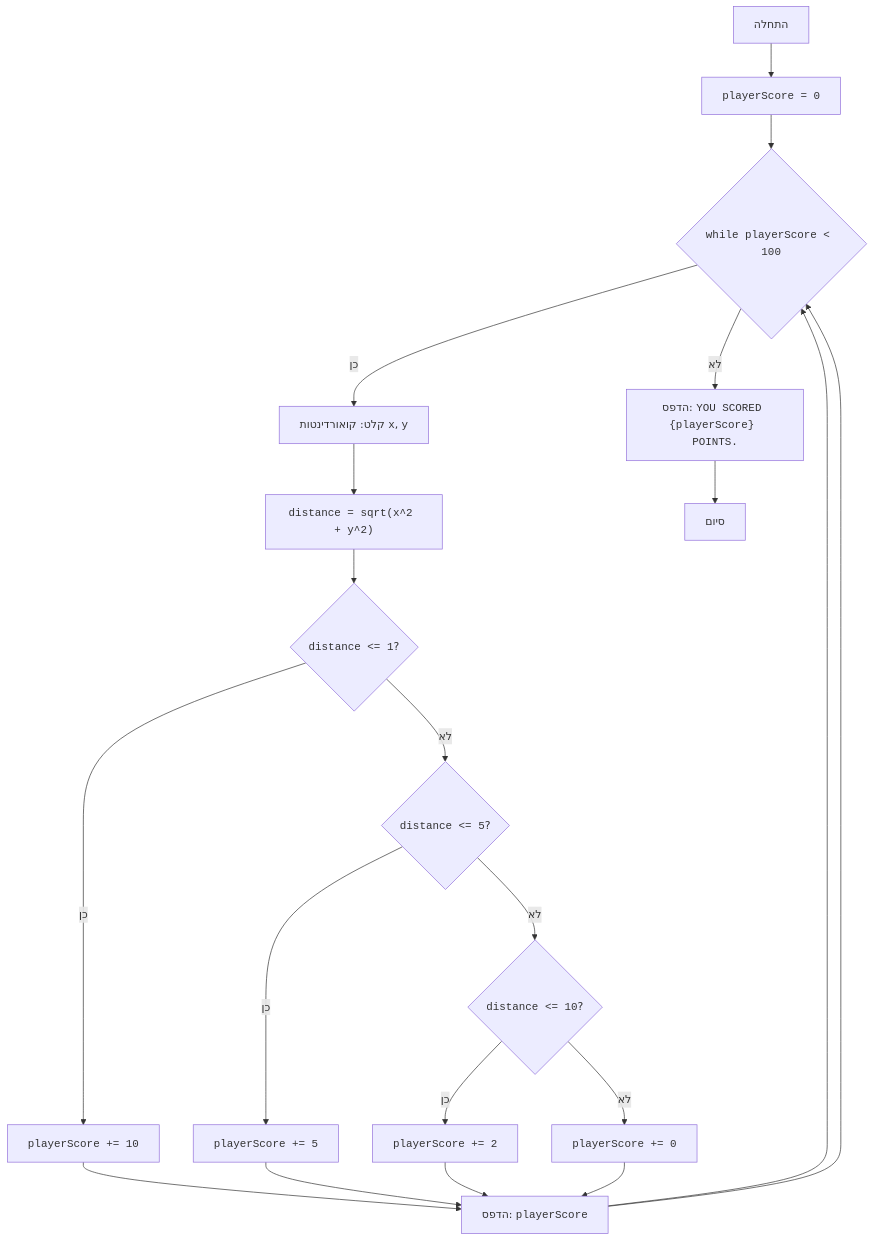
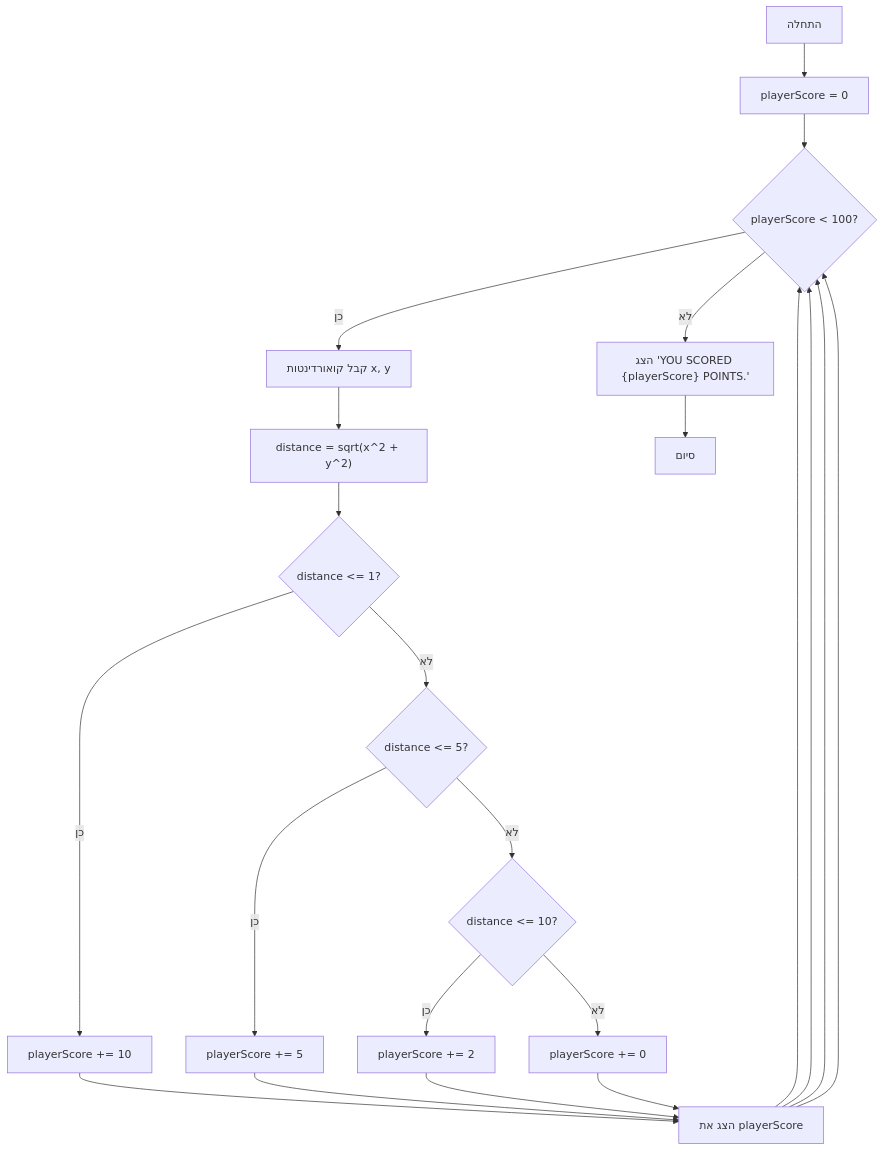
One commit to hypo69/hypo changed the diagram in docs/gemini/he/explainer/src/endpoints/ai_games/101_basic_computer_games/ru/GAMES/BULLEYE/bulleye.py.md. Above: the diagram before and after it, drawn with Mermaid. The commit also changed other lines of this file and 885 other files, not shown here.

````diff
--- a/docs/gemini/he/explainer/src/endpoints/ai_games/101_basic_computer_games/ru/GAMES/BULLEYE/bulleye.py.md
+++ b/docs/gemini/he/explainer/src/endpoints/ai_games/101_basic_computer_games/ru/GAMES/BULLEYE/bulleye.py.md
@@ -48,22 +60,24 @@
 ```mermaid
 flowchart TD
-    Start["התחלה"] --> InitializeScore["<code>playerScore = 0</code>"]
-    InitializeScore --> LoopStart{"<code>while playerScore < 100</code>"}
-    LoopStart -- "כן" --> InputCoordinates["קלט: קואורדינטות <code>x</code>, <code>y</code>"]
-    InputCoordinates --> CalculateDistance["<code>distance = sqrt(x^2 + y^2)</code>"]
-    CalculateDistance --> CheckCenter{"<code>distance <= 1</code>?"}
-    CheckCenter -- "כן" --> Add10Points["<code>playerScore += 10</code>"]
-    Add10Points --> OutputScore["הדפס: <code>playerScore</code>"]
+    Start["התחלה"] --> InitializeScore["playerScore = 0"]
+    InitializeScore --> LoopStart{"playerScore < 100?"}
+    LoopStart -- "כן" --> InputCoordinates["קבל קואורדינטות x, y"]
+    InputCoordinates --> CalculateDistance["distance = sqrt(x^2 + y^2)"]
+    CalculateDistance --> CheckCenter{"distance <= 1?"}
+    CheckCenter -- "כן" --> Add10Points["playerScore += 10"]
+    Add10Points --> OutputScore["הצג את playerScore"]
+     OutputScore --> LoopStart
+    CheckCenter -- "לא" --> CheckInner{"distance <= 5?"}
+    CheckInner -- "כן" --> Add5Points["playerScore += 5"]
+    Add5Points --> OutputScore
+     OutputScore --> LoopStart
+    CheckInner -- "לא" --> CheckOuter{"distance <= 10?"}
+    CheckOuter -- "כן" --> Add2Points["playerScore += 2"]
+   Add2Points --> OutputScore
     OutputScore --> LoopStart
-    CheckCenter -- "לא" --> CheckInner{"<code>distance <= 5</code>?"}
-    CheckInner -- "כן" --> Add5Points["<code>playerScore += 5</code>"]
-    Add5Points --> OutputScore
-    CheckInner -- "לא" --> CheckOuter{"<code>distance <= 10</code>?"}
-    CheckOuter -- "כן" --> Add2Points["<code>playerScore += 2</code>"]
-    Add2Points --> OutputScore
-    CheckOuter -- "לא" --> Add0Points["<code>playerScore += 0</code>"]
-    Add0Points --> OutputScore
-    OutputScore --> LoopStart
-    LoopStart -- "לא" --> EndGame["הדפס: <code>YOU SCORED {playerScore} POINTS.</code>"]
-    EndGame --> End["סיום"]
+    CheckOuter -- "לא" --> Add0Points["playerScore += 0"]
+     Add0Points --> OutputScore
+      OutputScore --> LoopStart
+     LoopStart -- "לא" --> OutputFinalScore["הצג 'YOU SCORED {playerScore} POINTS.'"]
+    OutputFinalScore --> End["סיום"]
 ```
````
